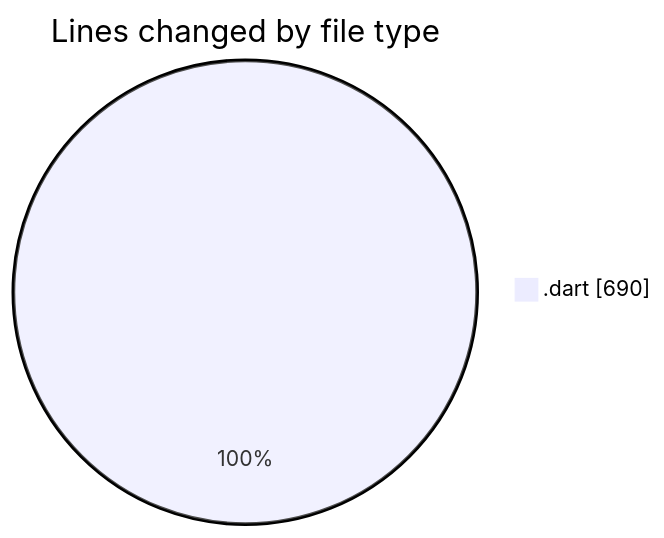
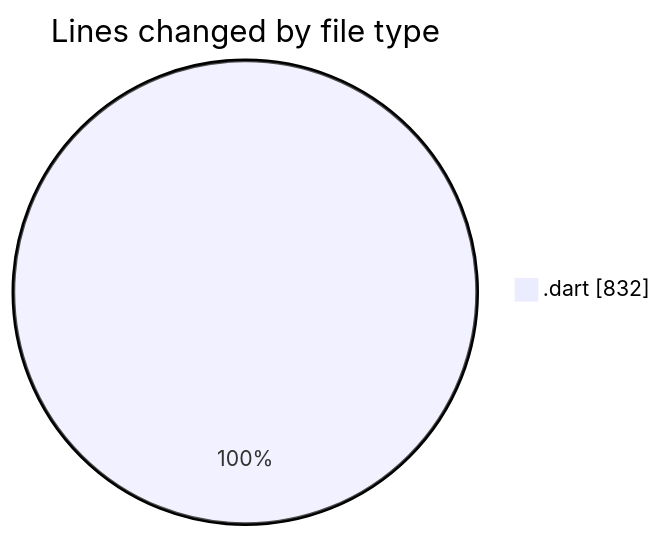
One commit to donsfak/code-tracking changed the first of 2 diagrams in 2025-11-01/weather_insights_app/README.md. Above: the diagram before and after it, drawn with Mermaid. The commit also changed other lines of this file and 1 other file, not shown here.

````diff
--- a/2025-11-01/weather_insights_app/README.md
+++ b/2025-11-01/weather_insights_app/README.md
@@ -22,5 +22,5 @@
 ```mermaid
 pie showData
 title Lines changed by file type
-".dart" : 690
+".dart" : 832
 ```
````
